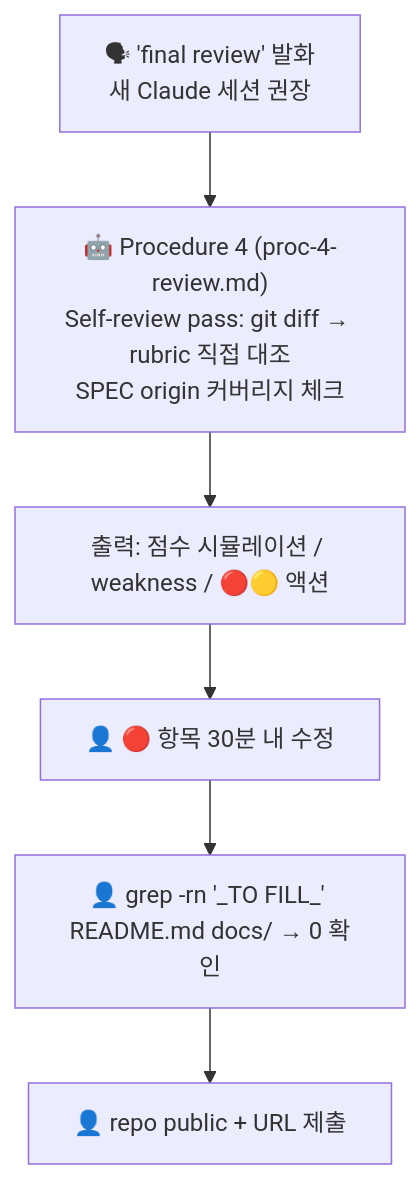
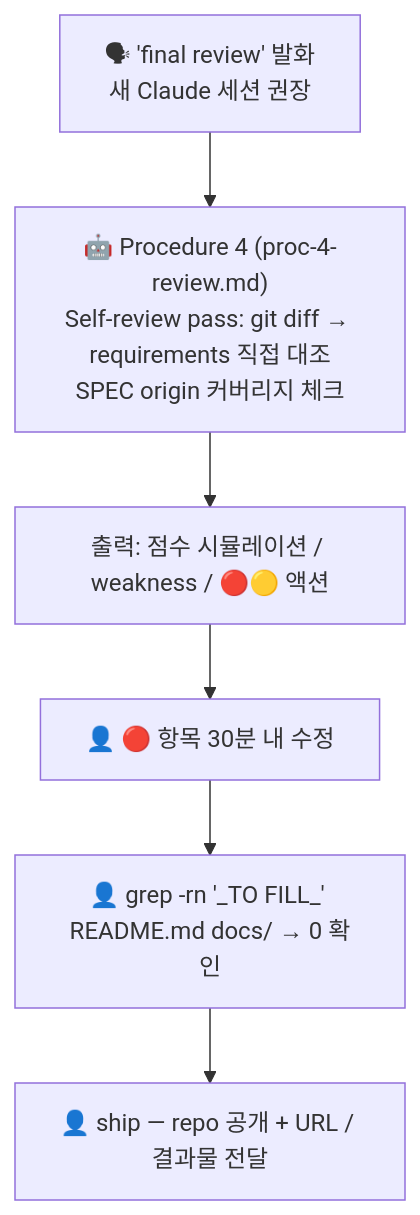
Before and after one commit to JayKim88/craft-kit: the seventh of 7 diagrams in docs/GUIDE.md, drawn with Mermaid. The commit also changed other lines of this file and 24 other files, not shown here.

````diff
--- a/docs/GUIDE.md
+++ b/docs/GUIDE.md
@@ -180,11 +180,11 @@
 ```mermaid
 flowchart TD
     E1["🗣 'final review' 발화\n새 Claude 세션 권장"]
-    E2["🤖 Procedure 4 (proc-4-review.md)\nSelf-review pass: git diff → rubric 직접 대조\nSPEC origin 커버리지 체크"]
+    E2["🤖 Procedure 4 (proc-4-review.md)\nSelf-review pass: git diff → requirements 직접 대조\nSPEC origin 커버리지 체크"]
     E3["출력: 점수 시뮬레이션 / weakness / 🔴🟡 액션"]
     E4["👤 🔴 항목 30분 내 수정"]
     E5["👤 grep -rn '_TO FILL_' README.md docs/ → 0 확인"]
-    E6["👤 repo public + URL 제출"]
+    E6["👤 ship — repo 공개 + URL / 결과물 전달"]
 
     E1 --> E2 --> E3 --> E4 --> E5 --> E6
 ```
````
